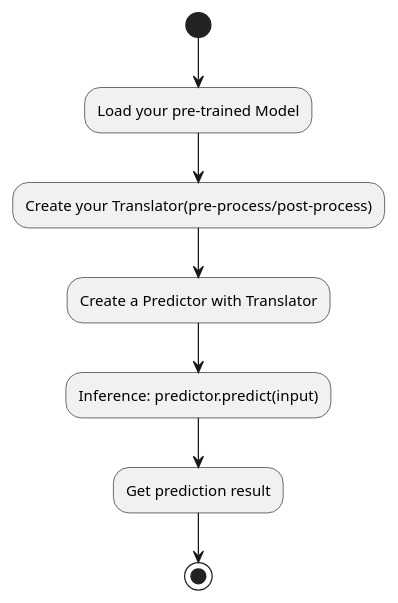
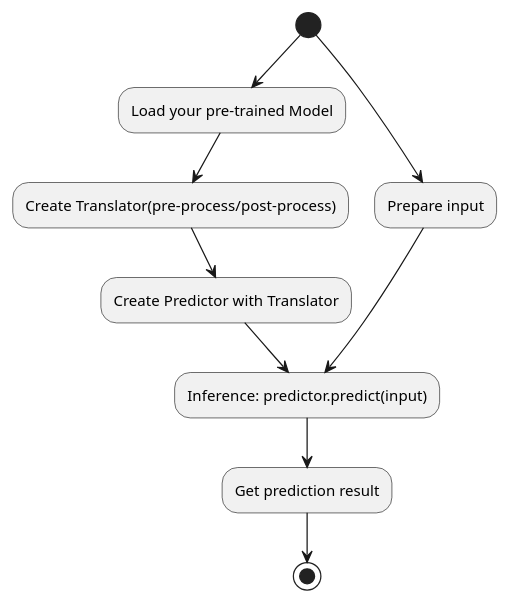
Before and after one commit to deepjavalibrary/djl: the diagram in api/src/main/uml/inference_activity.puml, drawn with PlantUML. The commit also changed 2 other files, not shown here.

```diff
--- a/api/src/main/uml/inference_activity.puml
+++ b/api/src/main/uml/inference_activity.puml
@@ -1,8 +1,10 @@
 @startuml
 (*) --> "Load your pre-trained Model"
---> "Create your Translator(pre-process/post-process)"
---> "Create a Predictor with Translator"
+--> "Create Translator(pre-process/post-process)"
+--> "Create Predictor with Translator"
 --> "Inference: predictor.predict(input)"
+(*) --> "Prepare input"
+"Prepare input" --> "Inference: predictor.predict(input)"
 --> "Get prediction result"
 --> (*)
 @enduml
```
